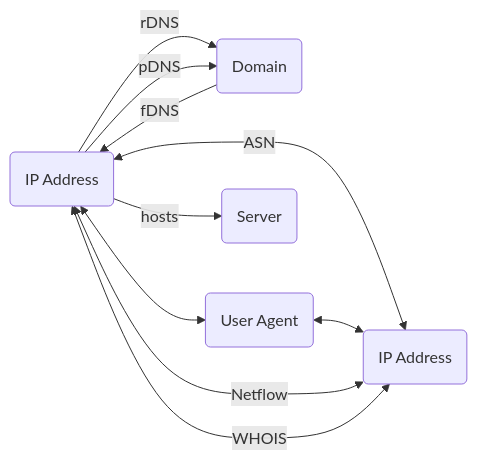
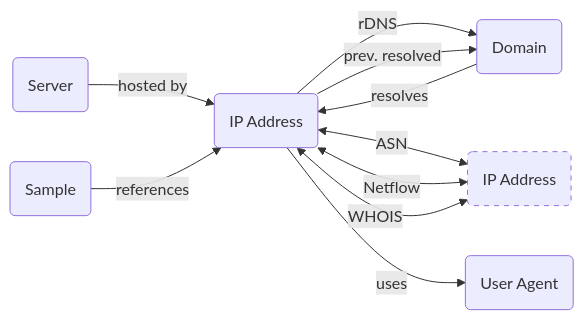
Before and after one commit to korniko98/pivot-atlas: the diagram in docs/index.md, drawn with Mermaid. The commit also changed 7 other files, not shown here.

````diff
--- a/docs/index.md
+++ b/docs/index.md
@@ -34,17 +34,23 @@
 	```mermaid
 	flowchart LR
-		IP_ADDRESS("IP Address") -- rDNS --> DOMAIN("Domain")
-		IP_ADDRESS -- pDNS --> DOMAIN
-		DOMAIN -- fDNS --> IP_ADDRESS
-		IP_ADDRESS <-- ASN --> IP_ADDRESS_("IP Address")
-		IP_ADDRESS <--> USER_AGENT("User Agent")
-		USER_AGENT <--> IP_ADDRESS_
+		classDef secondary stroke-dasharray: 5 5
+		
+		%% define nodes
+		IP_ADDRESS(IP Address)
+		IP_ADDRESS_(IP Address):::secondary
+		DOMAIN(Domain)
+		SERVER(Server)
+		SAMPLE(Sample)
+		USER_AGENT(User Agent)
+		
+		%% define edges
+		DOMAIN -- resolves --> IP_ADDRESS
+		IP_ADDRESS -- rDNS --> DOMAIN
+		IP_ADDRESS -- prev. resolved --> DOMAIN
+		IP_ADDRESS <-- ASN --> IP_ADDRESS_
+		IP_ADDRESS -- uses --> USER_AGENT
 		IP_ADDRESS <-- Netflow --> IP_ADDRESS_
 		IP_ADDRESS <-- WHOIS --> IP_ADDRESS_
-		IP_ADDRESS -- hosts --> SERVER("Server")
-		click IP_ADDRESS "artifacts/ip-address"
-		click DOMAIN "artifacts/domain"
-		click IP_ADDRESS_ "artifacts/ip-address"
-		click SERVER "artifacts/server"
-		click USER_AGENT "artifacts/user-agent"
+		SERVER -- hosted by --> IP_ADDRESS
+		SAMPLE -- references --> IP_ADDRESS
 	```
````
